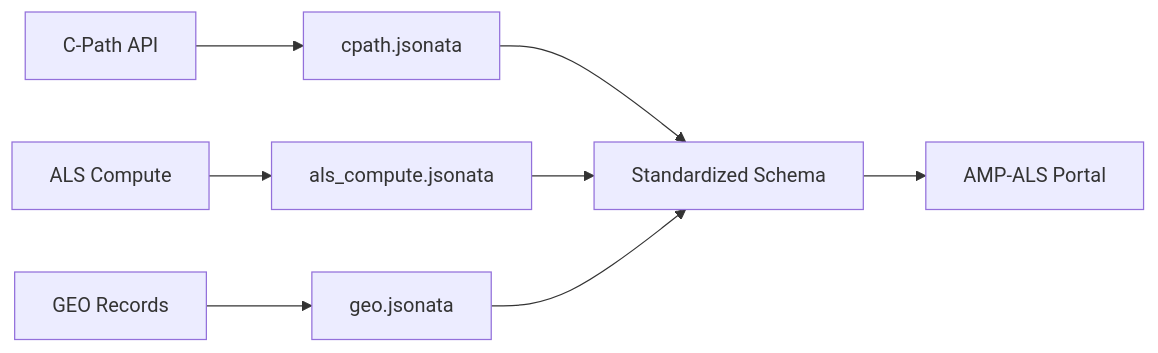
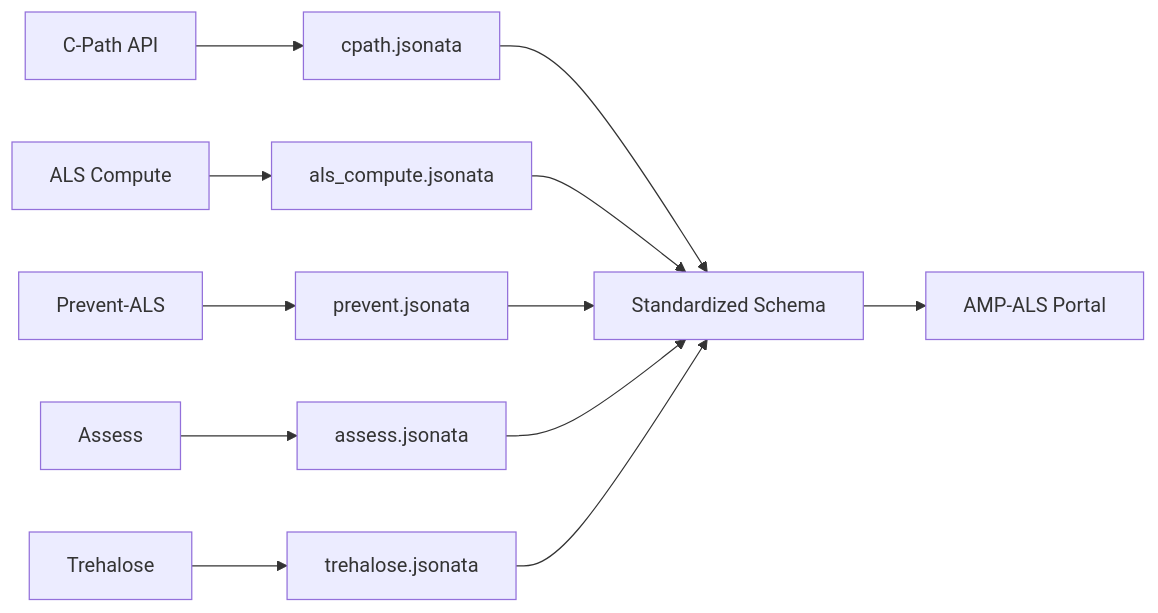
Before and after one commit to amp-als/data-model: the second of 2 diagrams in README.md, drawn with Mermaid. The commit also changed other lines of this file and 11 other files, not shown here.

````diff
--- a/README.md
+++ b/README.md
@@ -330,12 +373,16 @@
 ```mermaid
 graph LR
     CPATH["C-Path API"] --> CMAP["cpath.jsonata"]
     ALSCOMP["ALS Compute"] --> AMAP["als_compute.jsonata"]
-    GEO["GEO Records"] --> GMAP["geo.jsonata"]
+    PREVENT["Prevent-ALS"] --> PMAP["prevent.jsonata"]
+    ASSESS["Assess"] --> ASMAP["assess.jsonata"]
+    TREHALOSE["Trehalose"] --> TMAP["trehalose.jsonata"]
     
     CMAP --> SCHEMA["Standardized Schema"]
     AMAP --> SCHEMA
-    GMAP --> SCHEMA
+    PMAP --> SCHEMA
+    ASMAP --> SCHEMA
+    TMAP --> SCHEMA
     
     SCHEMA --> PORTAL["AMP-ALS Portal"]
 ```
````
